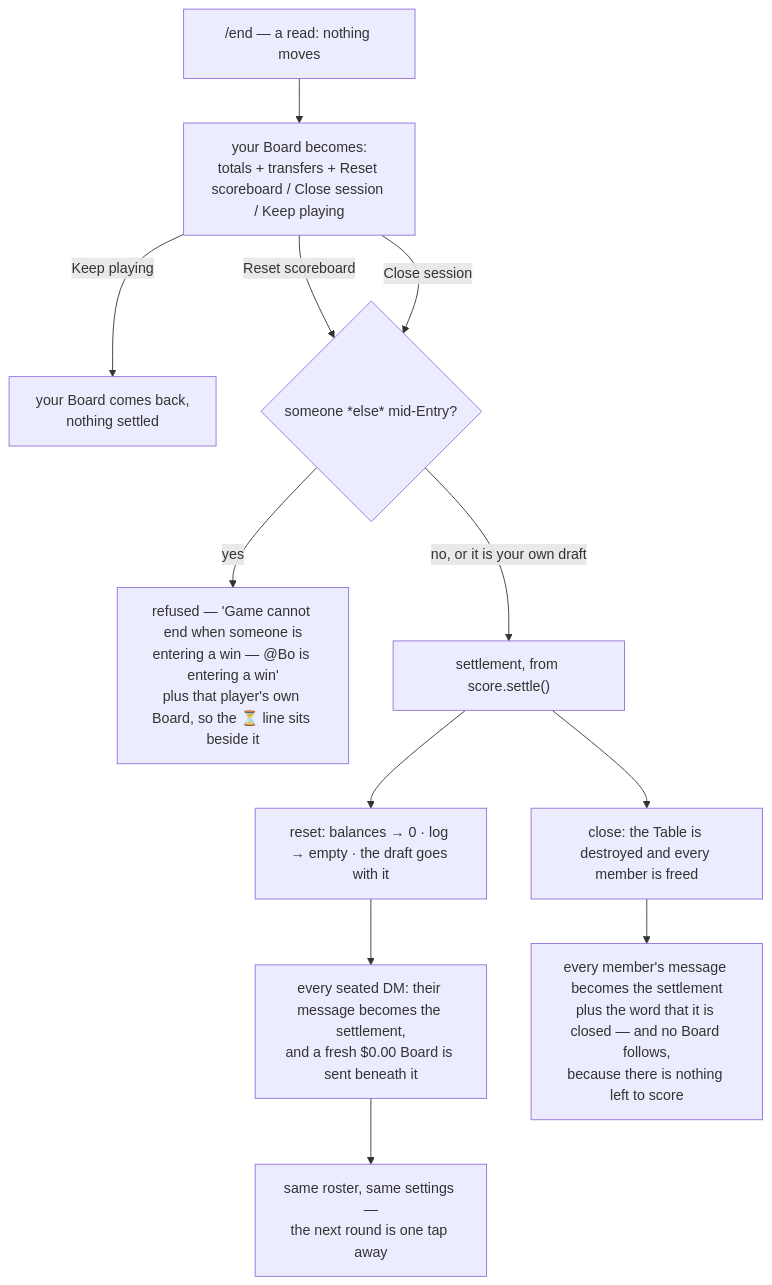
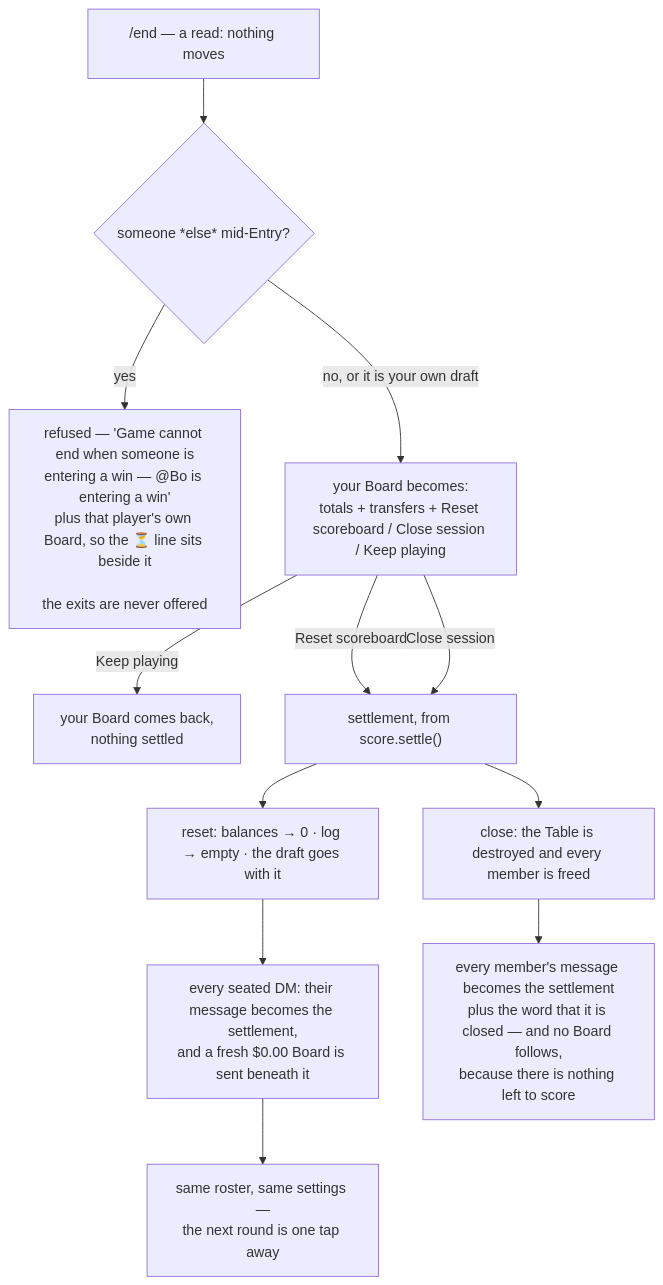
The sixth of 7 diagrams in docs/flow.md (jonkoong/SGMahjongCalcTele), drawn with Mermaid before and after one commit. The commit also changed other lines of this file and 3 other files, not shown here.

First line of the commit message:
fix: refuse /end over someone else's win at the ask

````diff
--- a/docs/flow.md
+++ b/docs/flow.md
@@ -249,14 +249,14 @@
 ```mermaid
 flowchart TD
-    E["/end — a read: nothing moves"] --> Q["your Board becomes:<br/>totals + transfers + Reset scoreboard / Close session / Keep playing"]
+    E["/end — a read: nothing moves"] --> D{"someone *else* mid-Entry?"}
+    D -->|yes| R["refused — 'Game cannot end when someone is<br/>entering a win — @Bo is entering a win'<br/>plus that player's own Board, so the ⏳ line sits beside it<br/><br/>the exits are never offered"]
+    D -->|"no, or it is your own draft"| Q["your Board becomes:<br/>totals + transfers + Reset scoreboard / Close session / Keep playing"]
     Q -->|"Keep playing"| B["your Board comes back,<br/>nothing settled"]
-    Q -->|"Reset scoreboard"| D{"someone *else* mid-Entry?"}
-    Q -->|"Close session"| D
-    D -->|yes| R["refused — 'Game cannot end when someone is<br/>entering a win — @Bo is entering a win'<br/>plus that player's own Board, so the ⏳ line sits beside it"]
-    D -->|"no, or it is your own draft"| S["settlement, from score.settle()"]
+    Q -->|"Reset scoreboard"| S["settlement, from score.settle()"]
+    Q -->|"Close session"| S
     S --> Z1["reset: balances → 0 · log → empty · the draft goes with it"]
     S --> Z2["close: the Table is destroyed and every member is freed"]
     Z1 --> F["every seated DM: their message becomes the settlement,<br/>and a fresh $0.00 Board is sent beneath it"]
     F --> B2["same roster, same settings —<br/>the next round is one tap away"]
     Z2 --> C["every member's message becomes the settlement<br/>plus the word that it is closed — and no Board follows,<br/>because there is nothing left to score"]
 ```
````
